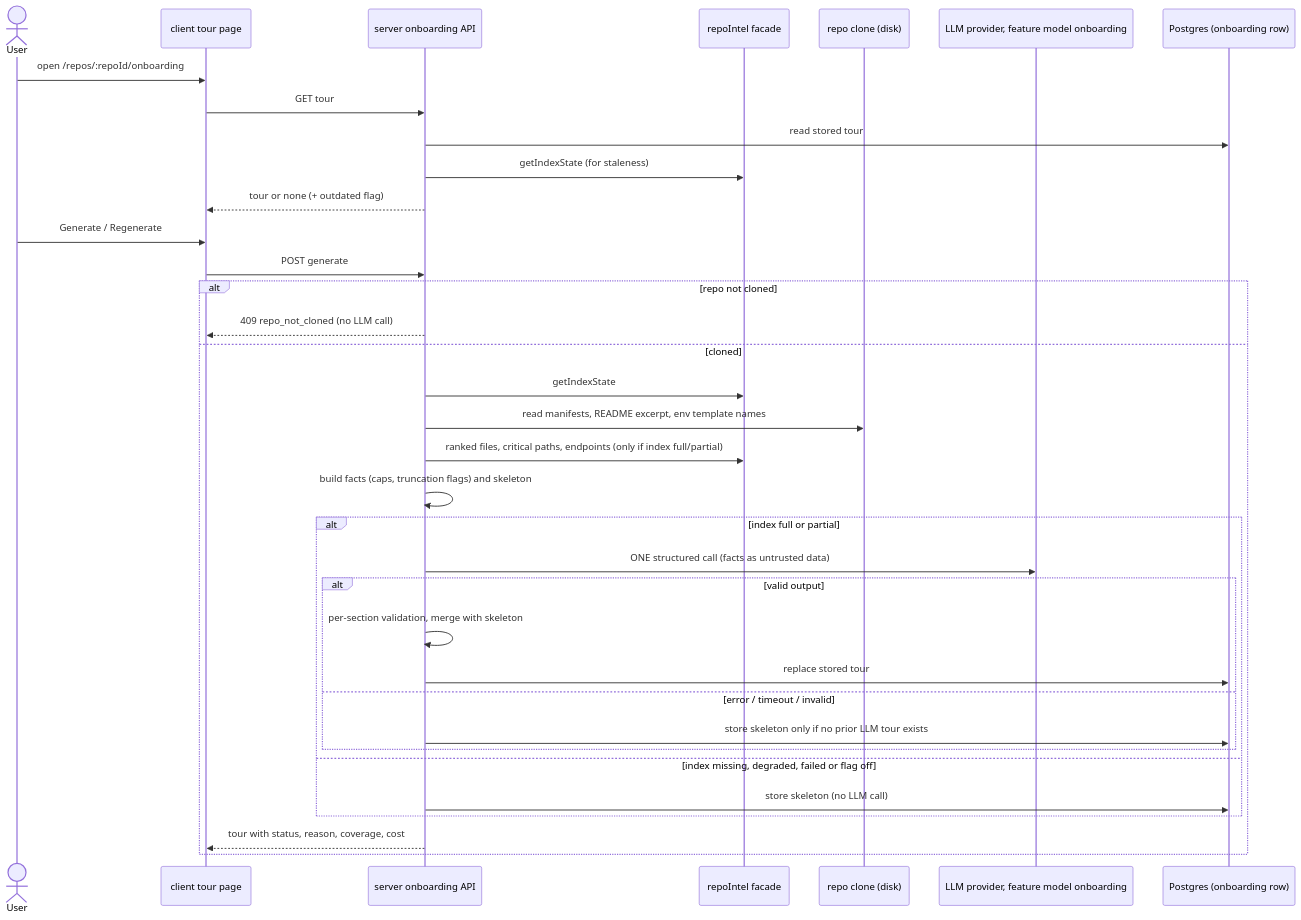
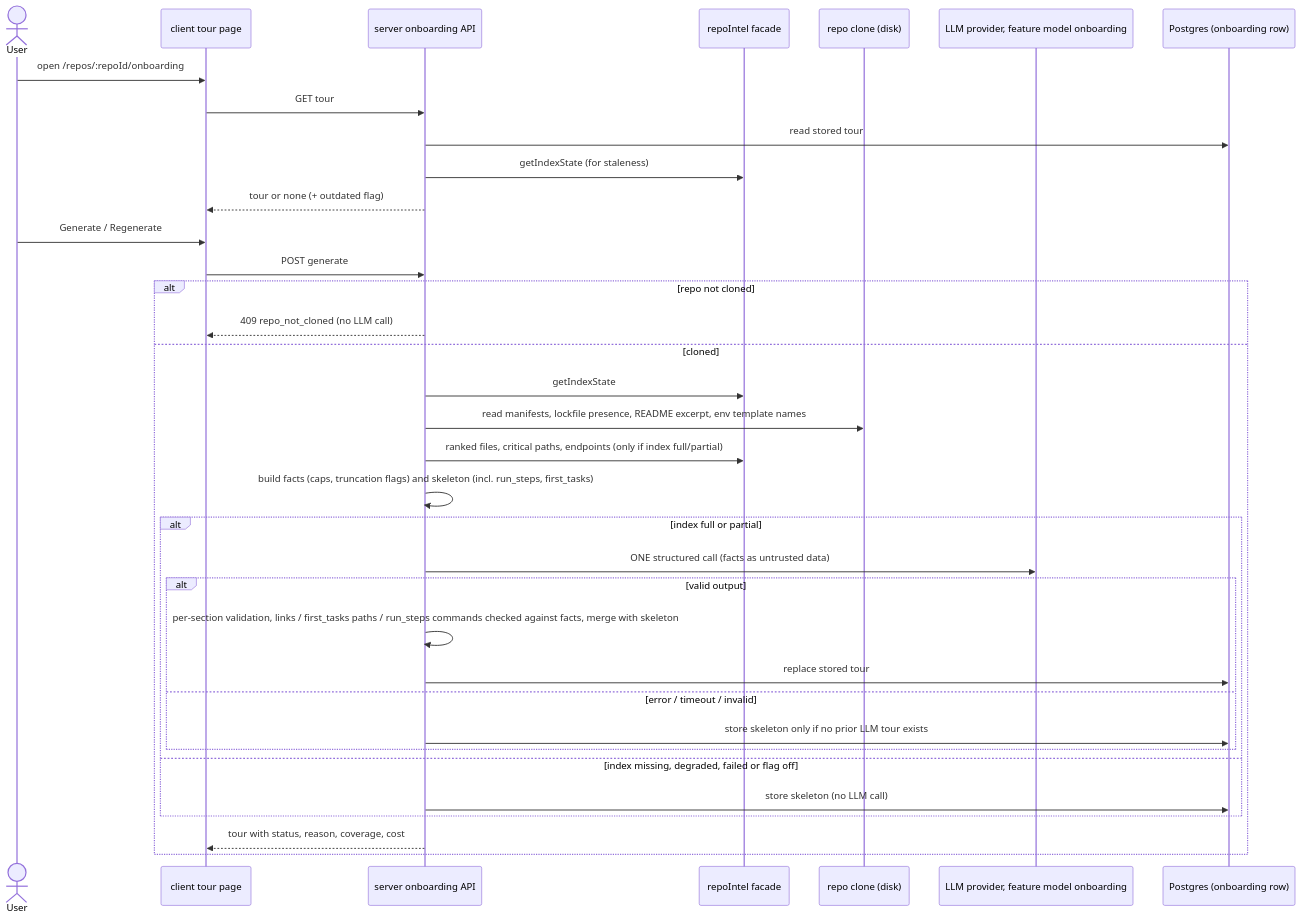
Before and after one commit to natata7/dev-digest: the first of 3 diagrams in specs/08-spec-onboarding-generator/08-spec-onboarding-generator.md, drawn with Mermaid. The commit also changed other lines of this file and 2 other files, not shown here.

````diff
--- a/specs/08-spec-onboarding-generator/08-spec-onboarding-generator.md
+++ b/specs/08-spec-onboarding-generator/08-spec-onboarding-generator.md
@@ -36,38 +43,38 @@
 ```mermaid
 sequenceDiagram
     actor U as User
     participant C as client tour page
     participant API as server onboarding API
     participant RI as repoIntel facade
     participant FS as repo clone (disk)
     participant LLM as LLM provider, feature model onboarding
     participant DB as Postgres (onboarding row)
 
     U->>C: open /repos/:repoId/onboarding
     C->>API: GET tour
     API->>DB: read stored tour
     API->>RI: getIndexState (for staleness)
     API-->>C: tour or none (+ outdated flag)
     U->>C: Generate / Regenerate
     C->>API: POST generate
     alt repo not cloned
         API-->>C: 409 repo_not_cloned (no LLM call)
     else cloned
         API->>RI: getIndexState
-        API->>FS: read manifests, README excerpt, env template names
+        API->>FS: read manifests, lockfile presence, README excerpt, env template names
         API->>RI: ranked files, critical paths, endpoints (only if index full/partial)
-        API->>API: build facts (caps, truncation flags) and skeleton
+        API->>API: build facts (caps, truncation flags) and skeleton (incl. run_steps, first_tasks)
         alt index full or partial
             API->>LLM: ONE structured call (facts as untrusted data)
             alt valid output
-                API->>API: per-section validation, merge with skeleton
+                API->>API: per-section validation, links / first_tasks paths / run_steps commands checked against facts, merge with skeleton
                 API->>DB: replace stored tour
             else error / timeout / invalid
                 API->>DB: store skeleton only if no prior LLM tour exists
             end
         else index missing, degraded, failed or flag off
             API->>DB: store skeleton (no LLM call)
         end
         API-->>C: tour with status, reason, coverage, cost
     end
 ```
````
